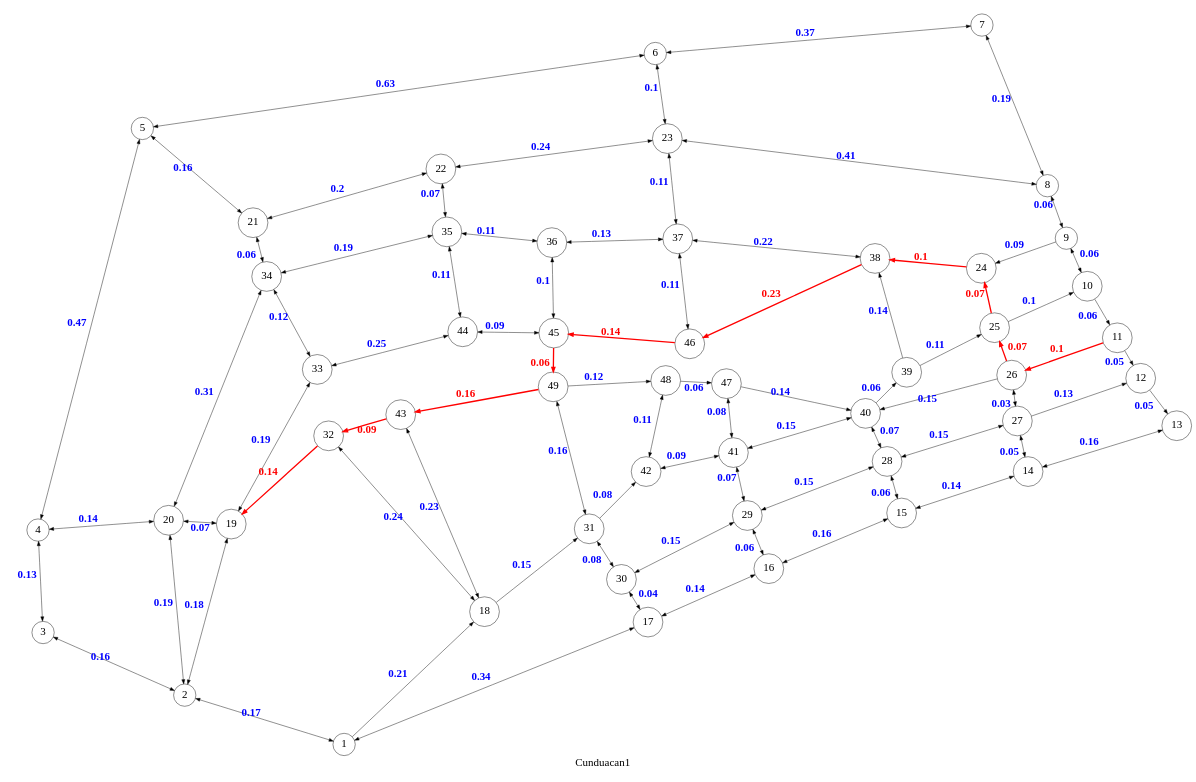
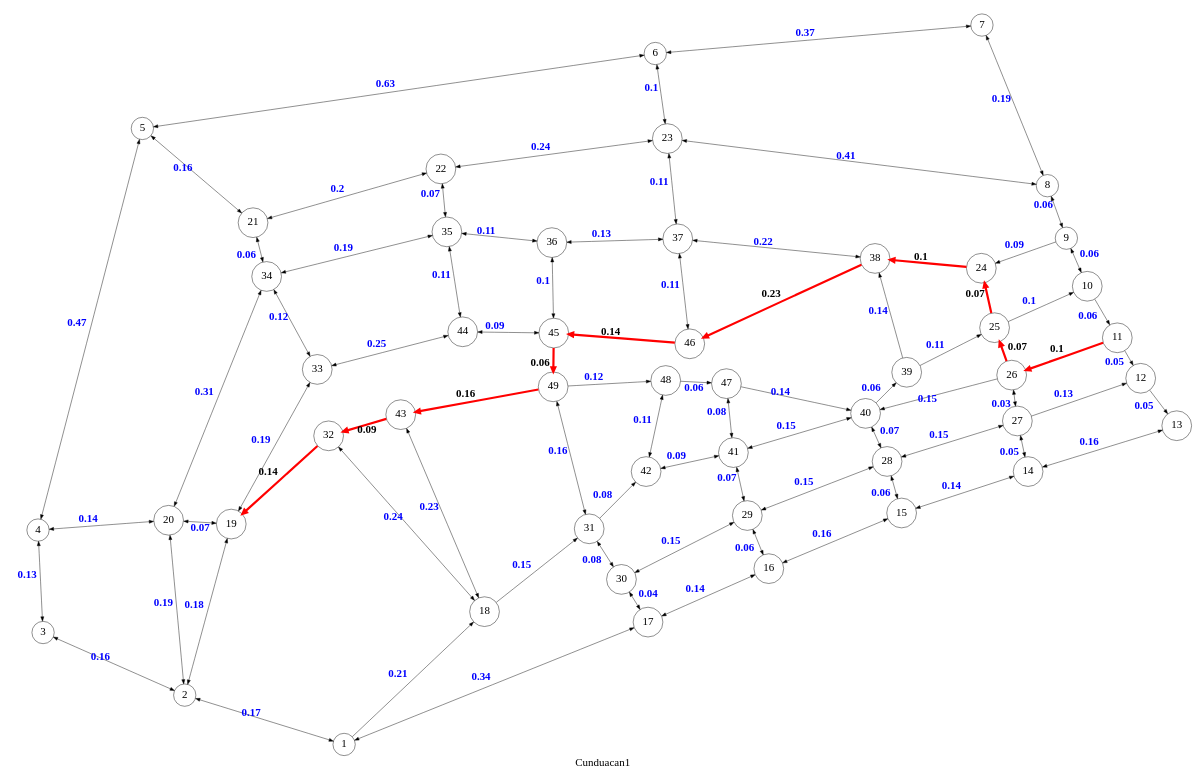
One commit to jesusmanueldl/mate_discretas_grafos changed the diagram in grafo.dot. Above: the diagram before and after it, drawn with Graphviz. The commit also changed 3 other files, not shown here.

```diff
--- a/grafo.dot
+++ b/grafo.dot
@@ -1,138 +1,138 @@
 digraph G
 {
 	node [shape=circle, fontsize=25];
 	layout="neato";
 	size="10,10"
 1 [pos="10.99,-23.18!"]
 2 [pos="5.95,-21.62!"]
 3 [pos="1.47,-19.64!"]
 4 [pos="1.31,-16.40!"]
 5 [pos="4.61,-3.70!"]
 6 [pos="20.83,-1.33!"]
 7 [pos="31.16,-0.43!"]
 8 [pos="33.23,-5.51!"]
 9 [pos="33.83,-7.17!"]
 10 [pos="34.49,-8.69!"]
 11 [pos="35.44,-10.32!"]
 12 [pos="36.18,-11.60!"]
 13 [pos="37.32,-13.10!"]
 14 [pos="32.62,-14.55!"]
 15 [pos="28.62,-15.86!"]
 16 [pos="24.42,-17.62!"]
 17 [pos="20.60,-19.31!"]
 18 [pos="15.43,-18.98!"]
 19 [pos="7.42,-16.21!"]
 20 [pos="5.44,-16.09!"]
 21 [pos="8.11,-6.68!"]
 22 [pos="14.05,-4.98!"]
 23 [pos="21.21,-4.02!"]
 24 [pos="31.14,-8.12!"]
 25 [pos="31.56,-10.00!"]
 26 [pos="32.10,-11.50!"]
 27 [pos="32.28,-12.95!"]
 28 [pos="28.16,-14.23!"]
 29 [pos="23.74,-15.94!"]
 30 [pos="19.76,-17.96!"]
 31 [pos="18.74,-16.36!"]
 32 [pos="10.50,-13.42!"]
 33 [pos="10.14,-11.32!"]
 34 [pos="8.54,-8.38!"]
 35 [pos="14.24,-6.97!"]
 36 [pos="17.56,-7.31!"]
 37 [pos="21.54,-7.19!"]
 38 [pos="27.78,-7.81!"]
 39 [pos="28.78,-11.41!"]
 40 [pos="27.48,-12.71!"]
 41 [pos="23.30,-13.95!"]
 42 [pos="20.54,-14.55!"]
 43 [pos="12.78,-12.75!"]
 44 [pos="14.74,-10.13!"]
 45 [pos="17.62,-10.17!"]
 46 [pos="21.92,-10.51!"]
 47 [pos="23.08,-11.77!"]
 48 [pos="21.16,-11.67!"]
 49 [pos="17.60,-11.87!"]
 	1 -> 2[fontcolor=blue label=0.17, dir="both", fontsize="25", fontname="times-bold"]
 	1 -> 18[fontcolor=blue label=0.21, fontsize="25", fontname="times-bold"]
 	1 -> 17[fontcolor=blue label=0.34, dir="both", fontsize="25", fontname="times-bold"]
 	2 -> 3[fontcolor=blue label=0.16, dir="both", fontsize="25", fontname="times-bold"]
 	2 -> 20[fontcolor=blue label=0.19, dir="both", fontsize="25", fontname="times-bold"]
 	2 -> 19[fontcolor=blue label=0.18, dir="both", fontsize="25", fontname="times-bold"]
 	3 -> 4[fontcolor=blue label=0.13, dir="both", fontsize="25", fontname="times-bold"]
 	4 -> 20[fontcolor=blue label=0.14, dir="both", fontsize="25", fontname="times-bold"]
 	4 -> 5[fontcolor=blue label=0.47, dir="both", fontsize="25", fontname="times-bold"]
 	5 -> 21[fontcolor=blue label=0.16, dir="both", fontsize="25", fontname="times-bold"]
 	5 -> 6[fontcolor=blue label=0.63, dir="both", fontsize="25", fontname="times-bold"]
 	6 -> 23[fontcolor=blue label=0.1, dir="both", fontsize="25", fontname="times-bold"]
 	6 -> 7[fontcolor=blue label=0.37, dir="both", fontsize="25", fontname="times-bold"]
 	7 -> 8[fontcolor=blue label=0.19, dir="both", fontsize="25", fontname="times-bold"]
 	8 -> 23[fontcolor=blue label=0.41, dir="both", fontsize="25", fontname="times-bold"]
 	8 -> 9[fontcolor=blue label=0.06, dir="both", fontsize="25", fontname="times-bold"]
 	9 -> 10[fontcolor=blue label=0.06, dir="both", fontsize="25", fontname="times-bold"]
 	9 -> 24[fontcolor=blue label=0.09, fontsize="25", fontname="times-bold"]
 	10 -> 11[fontcolor=blue label=0.06, fontsize="25", fontname="times-bold"]
 	11 -> 12[fontcolor=blue label=0.05, fontsize="25", fontname="times-bold"]
-	11 -> 26[fontcolor=blue label=0.1,fontcolor="red",fontsize="25", color="red", penwidth=3.0, fontname="times-bold"]
+	11 -> 26[fontcolor=black label=0.1,fontsize="25", color="red", penwidth=5.0, fontname="times-bold"]
 	12 -> 13[fontcolor=blue label=0.05, fontsize="25", fontname="times-bold"]
 	13 -> 14[fontcolor=blue label=0.16, dir="both", fontsize="25", fontname="times-bold"]
 	14 -> 15[fontcolor=blue label=0.14, dir="both", fontsize="25", fontname="times-bold"]
 	14 -> 27[fontcolor=blue label=0.05, dir="both", fontsize="25", fontname="times-bold"]
 	15 -> 16[fontcolor=blue label=0.16, dir="both", fontsize="25", fontname="times-bold"]
 	15 -> 28[fontcolor=blue label=0.06, dir="both", fontsize="25", fontname="times-bold"]
 	16 -> 17[fontcolor=blue label=0.14, dir="both", fontsize="25", fontname="times-bold"]
 	16 -> 29[fontcolor=blue label=0.06, dir="both", fontsize="25", fontname="times-bold"]
 	17 -> 30[fontcolor=blue label=0.04, dir="both", fontsize="25", fontname="times-bold"]
 	18 -> 31[fontcolor=blue label=0.15, fontsize="25", fontname="times-bold"]
 	18 -> 32[fontcolor=blue label=0.24, dir="both", fontsize="25", fontname="times-bold"]
 	18 -> 43[fontcolor=blue label=0.23, dir="both", fontsize="25", fontname="times-bold"]
 	19 -> 20[fontcolor=blue label=0.07, dir="both", fontsize="25", fontname="times-bold"]
 	19 -> 33[fontcolor=blue label=0.19, dir="both", fontsize="25", fontname="times-bold"]
-	32 -> 19[fontcolor=blue label=0.14,fontcolor="red",fontsize="25", color="red", penwidth=3.0, fontname="times-bold"]
+	32 -> 19[fontcolor=black label=0.14, fontsize="25", color="red", penwidth=5.0, fontname="times-bold"]
 	20 -> 34[fontcolor=blue label=0.31, dir="both", fontsize="25", fontname="times-bold"]
 	21 -> 34[fontcolor=blue label=0.06, dir="both", fontsize="25", fontname="times-bold"]
 	21 -> 22[fontcolor=blue label=0.2, dir="both", fontsize="25", fontname="times-bold"]
 	22 -> 35[fontcolor=blue label=0.07, dir="both", fontsize="25", fontname="times-bold"]
 	22 -> 23[fontcolor=blue label=0.24, dir="both", fontsize="25", fontname="times-bold"]
 	23 -> 37[fontcolor=blue label=0.11, dir="both", fontsize="25", fontname="times-bold"]
-	24 -> 38[fontcolor=blue label=0.1,fontcolor="red",fontsize="25", color="red", penwidth=3.0, fontname="times-bold"]
-	25 -> 24[fontcolor=blue label=0.07,fontcolor="red",fontsize="25", color="red", penwidth=3.0, fontname="times-bold"]
+	24 -> 38[fontcolor=black label=0.1,fontsize="25", color="red", penwidth=5.0, fontname="times-bold"]
+	25 -> 24[fontcolor=black label=0.07, fontsize="25", color="red", penwidth=5.0, fontname="times-bold"]
 	25 -> 10[fontcolor=blue label=0.1, fontsize="25", fontname="times-bold"]
-	26 -> 25[fontcolor=blue label=0.07,fontcolor="red",fontsize="25", color="red", penwidth=3.0, fontname="times-bold"]
+	26 -> 25[fontcolor=black label=0.07, fontsize="25", color="red", penwidth=5.0, fontname="times-bold"]
 	26 -> 40[fontcolor=blue label=0.15, fontsize="25", fontname="times-bold"]
 	26 -> 27[fontcolor=blue label=0.03, dir="both", fontsize="25", fontname="times-bold"]
 	27 -> 12[fontcolor=blue label=0.13, fontsize="25", fontname="times-bold"]
 	27 -> 28[fontcolor=blue label=0.15, dir="both", fontsize="25", fontname="times-bold"]
 	28 -> 40[fontcolor=blue label=0.07, dir="both", fontsize="25", fontname="times-bold"]
 	28 -> 29[fontcolor=blue label=0.15, dir="both", fontsize="25", fontname="times-bold"]
 	29 -> 30[fontcolor=blue label=0.15, dir="both", fontsize="25", fontname="times-bold"]
 	29 -> 41[fontcolor=blue label=0.07, dir="both", fontsize="25", fontname="times-bold"]
 	30 -> 31[fontcolor=blue label=0.08, dir="both", fontsize="25", fontname="times-bold"]
 	31 -> 42[fontcolor=blue label=0.08, fontsize="25", fontname="times-bold"]
 	31 -> 49[fontcolor=blue label=0.16, dir="both", fontsize="25", fontname="times-bold"]
-	43 -> 32[fontcolor=blue label=0.09,fontcolor="red",fontsize="25", color="red", penwidth=3.0, fontname="times-bold"]
+	43 -> 32[fontcolor=black label=0.09, fontsize="25", color="red", penwidth=5.0, fontname="times-bold"]
 	33 -> 34[fontcolor=blue label=0.12, dir="both", fontsize="25", fontname="times-bold"]
 	33 -> 44[fontcolor=blue label=0.25, dir="both", fontsize="25", fontname="times-bold"]
 	34 -> 35[fontcolor=blue label=0.19, dir="both", fontsize="25", fontname="times-bold"]
 	35 -> 44[fontcolor=blue label=0.11, dir="both", fontsize="25", fontname="times-bold"]
 	35 -> 36[fontcolor=blue label=0.11, dir="both", fontsize="25", fontname="times-bold"]
 	36 -> 45[fontcolor=blue label=0.1, dir="both", fontsize="25", fontname="times-bold"]
 	36 -> 37[fontcolor=blue label=0.13, dir="both", fontsize="25", fontname="times-bold"]
 	37 -> 46[fontcolor=blue label=0.11, dir="both", fontsize="25", fontname="times-bold"]
 	37 -> 38[fontcolor=blue label=0.22, dir="both", fontsize="25", fontname="times-bold"]
-	38 -> 46[fontcolor=blue label=0.23,fontcolor="red",fontsize="25", color="red", penwidth=3.0, fontname="times-bold"]
+	38 -> 46[fontcolor=black label=0.23,fontsize="25", color="red", penwidth=5.0, fontname="times-bold"]
 	39 -> 38[fontcolor=blue label=0.14, fontsize="25", fontname="times-bold"]
 	39 -> 25[fontcolor=blue label=0.11, fontsize="25", fontname="times-bold"]
 	40 -> 39[fontcolor=blue label=0.06, fontsize="25", fontname="times-bold"]
 	40 -> 41[fontcolor=blue label=0.15, dir="both", fontsize="25", fontname="times-bold"]
 	41 -> 47[fontcolor=blue label=0.08, dir="both", fontsize="25", fontname="times-bold"]
 	41 -> 42[fontcolor=blue label=0.09, dir="both", fontsize="25", fontname="times-bold"]
 	42 -> 48[fontcolor=blue label=0.11, dir="both", fontsize="25", fontname="times-bold"]
-	49 -> 43[fontcolor=blue label=0.16,fontcolor="red",fontsize="25", color="red", penwidth=3.0, fontname="times-bold"]
+	49 -> 43[fontcolor=black label=0.16, fontsize="25", color="red", penwidth=5.0, fontname="times-bold"]
 	44 -> 45[fontcolor=blue label=0.09, dir="both", fontsize="25", fontname="times-bold"]
-	45 -> 49[fontcolor=blue label=0.06,fontcolor="red",fontsize="25", color="red", penwidth=3.0, fontname="times-bold"]
-	46 -> 45[fontcolor=blue label=0.14,fontcolor="red",fontsize="25", color="red", penwidth=3.0, fontname="times-bold"]
+	45 -> 49[fontcolor=black label=0.06,fontsize="25", color="red", penwidth=5.0, fontname="times-bold"]
+	46 -> 45[fontcolor=black label=0.14,fontsize="25", color="red", penwidth=5.0, fontname="times-bold"]
 	47 -> 40[fontcolor=blue label=0.14, fontsize="25", fontname="times-bold"]
 	48 -> 47[fontcolor=blue label=0.06, fontsize="25", fontname="times-bold"]
 	49 -> 48[fontcolor=blue label=0.12, fontsize="25", fontname="times-bold"]
 	label="Cunduacan1" fontsize=25
 }
```
